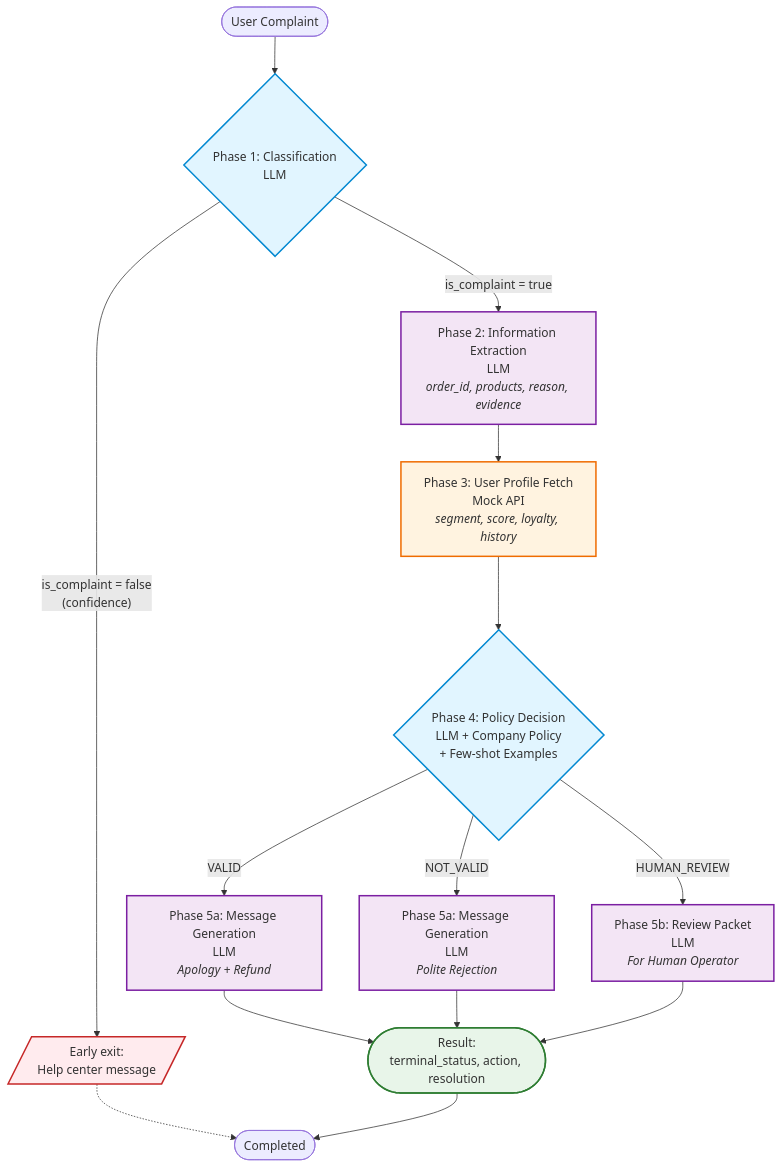
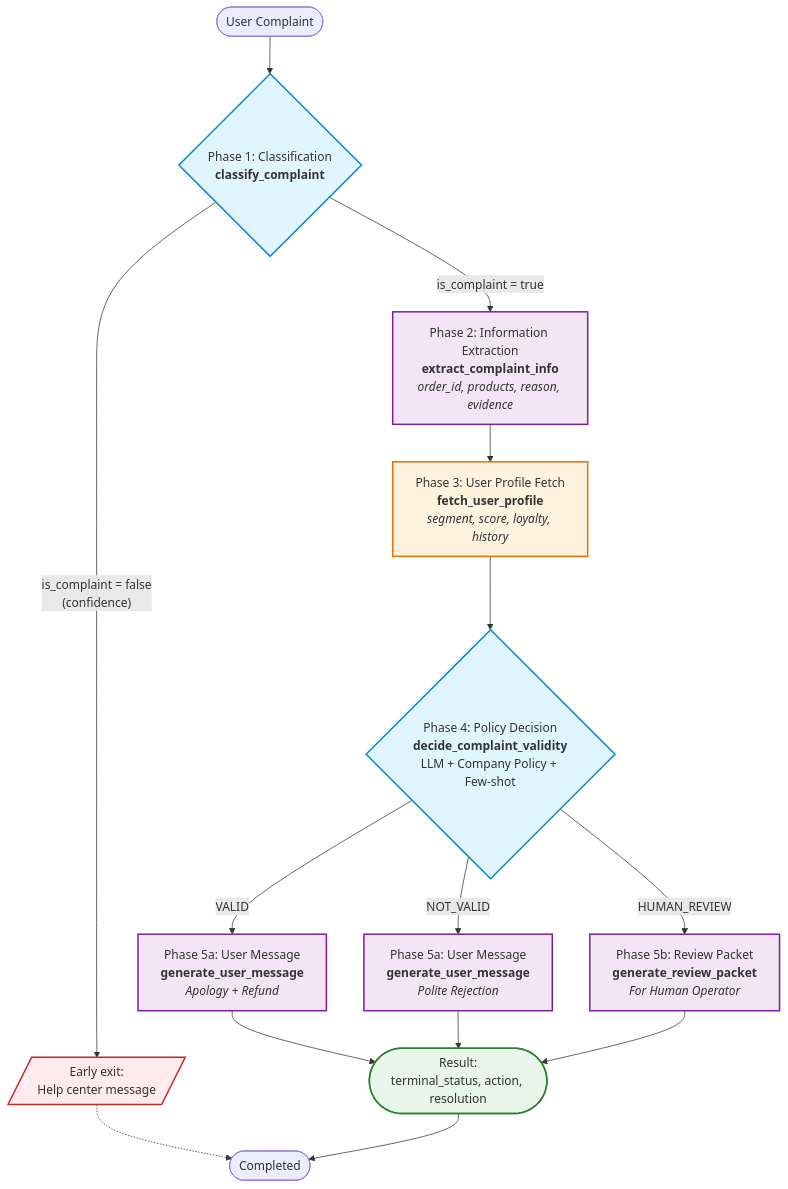
The diagram in lessons/L07_orchestration/README.md (omg1492/ai-agents-advanced), drawn with Mermaid before and after one commit. The commit also changed other lines of this file, not shown here.

````diff
--- a/lessons/L07_orchestration/README.md
+++ b/lessons/L07_orchestration/README.md
@@ -24,32 +24,32 @@
 ```mermaid
 flowchart TD
-    Start([User Complaint]) --> Phase1{Phase 1: Classification<br/>LLM}
+    Start([User Complaint]) --> Phase1{Phase 1: Classification<br/><b>classify_complaint</b>}
 
     Phase1 -->|"is_complaint = false<br/>(confidence)"| Exit1[/"Early exit:<br/>Help center message"/]
-    Phase1 -->|"is_complaint = true"| Phase2[Phase 2: Information Extraction<br/>LLM<br/><i>order_id, products, reason, evidence</i>]
+    Phase1 -->|"is_complaint = true"| Phase2[Phase 2: Information Extraction<br/><b>extract_complaint_info</b><br/><i>order_id, products, reason, evidence</i>]
 
-    Phase2 --> Phase3[Phase 3: User Profile Fetch<br/>Mock API<br/><i>segment, score, loyalty, history</i>]
+    Phase2 --> Phase3[Phase 3: User Profile Fetch<br/><b>fetch_user_profile</b><br/><i>segment, score, loyalty, history</i>]
 
-    Phase3 --> Phase4{Phase 4: Policy Decision<br/>LLM + Company Policy<br/>+ Few-shot Examples}
+    Phase3 --> Phase4{Phase 4: Policy Decision<br/><b>decide_complaint_validity</b><br/>LLM + Company Policy + Few-shot}
 
-    Phase4 -->|VALID| Phase5a[Phase 5a: Message Generation<br/>LLM<br/><i>Apology + Refund</i>]
-    Phase4 -->|NOT_VALID| Phase5a2[Phase 5a: Message Generation<br/>LLM<br/><i>Polite Rejection</i>]
-    Phase4 -->|HUMAN_REVIEW| Phase5b[Phase 5b: Review Packet<br/>LLM<br/><i>For Human Operator</i>]
+    Phase4 -->|VALID| Phase5a[Phase 5a: User Message<br/><b>generate_user_message</b><br/><i>Apology + Refund</i>]
+    Phase4 -->|NOT_VALID| Phase5a2[Phase 5a: User Message<br/><b>generate_user_message</b><br/><i>Polite Rejection</i>]
+    Phase4 -->|HUMAN_REVIEW| Phase5b[Phase 5b: Review Packet<br/><b>generate_review_packet</b><br/><i>For Human Operator</i>]
 
     Phase5a --> Result([Result:<br/>terminal_status, action, resolution])
     Phase5a2 --> Result
     Phase5b --> Result
 
     Exit1 -.-> End([Completed])
     Result --> End
 
     style Phase1 fill:#e1f5ff,stroke:#0288d1,stroke-width:2px
     style Phase4 fill:#e1f5ff,stroke:#0288d1,stroke-width:2px
     style Phase2 fill:#f3e5f5,stroke:#7b1fa2,stroke-width:2px
     style Phase5a fill:#f3e5f5,stroke:#7b1fa2,stroke-width:2px
     style Phase5a2 fill:#f3e5f5,stroke:#7b1fa2,stroke-width:2px
     style Phase5b fill:#f3e5f5,stroke:#7b1fa2,stroke-width:2px
     style Phase3 fill:#fff3e0,stroke:#ef6c00,stroke-width:2px
     style Exit1 fill:#ffebee,stroke:#c62828,stroke-width:2px
     style Result fill:#e8f5e9,stroke:#2e7d32,stroke-width:2px
 ```
````
